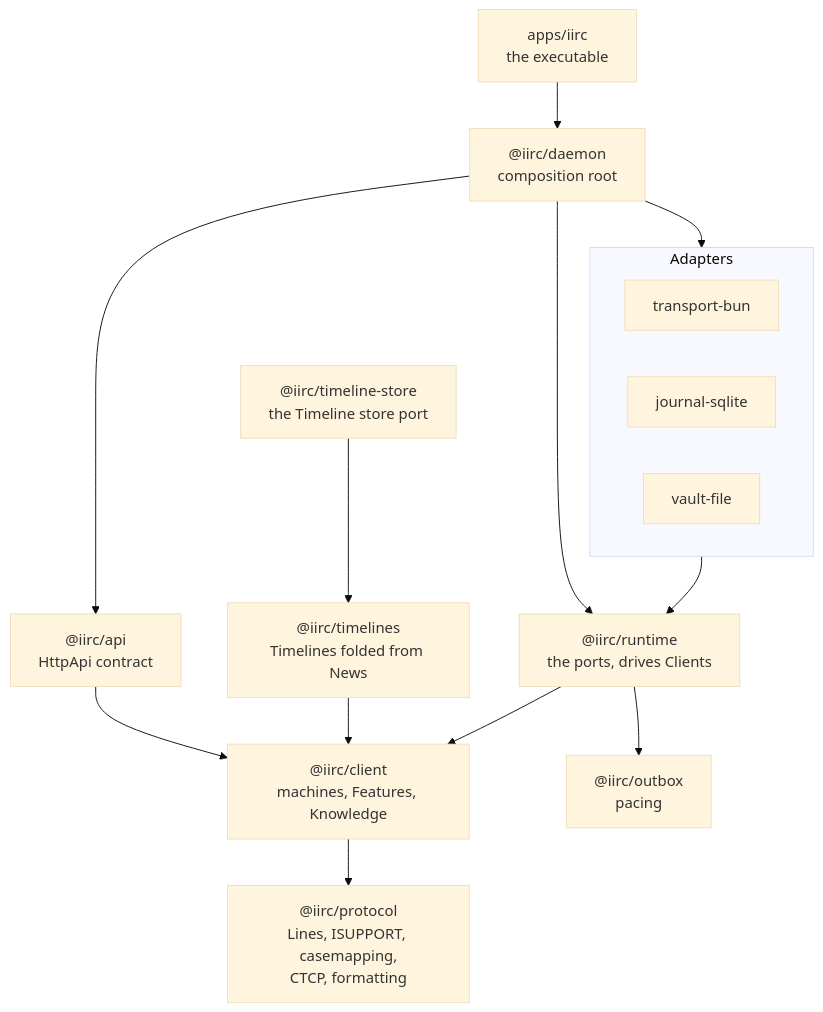
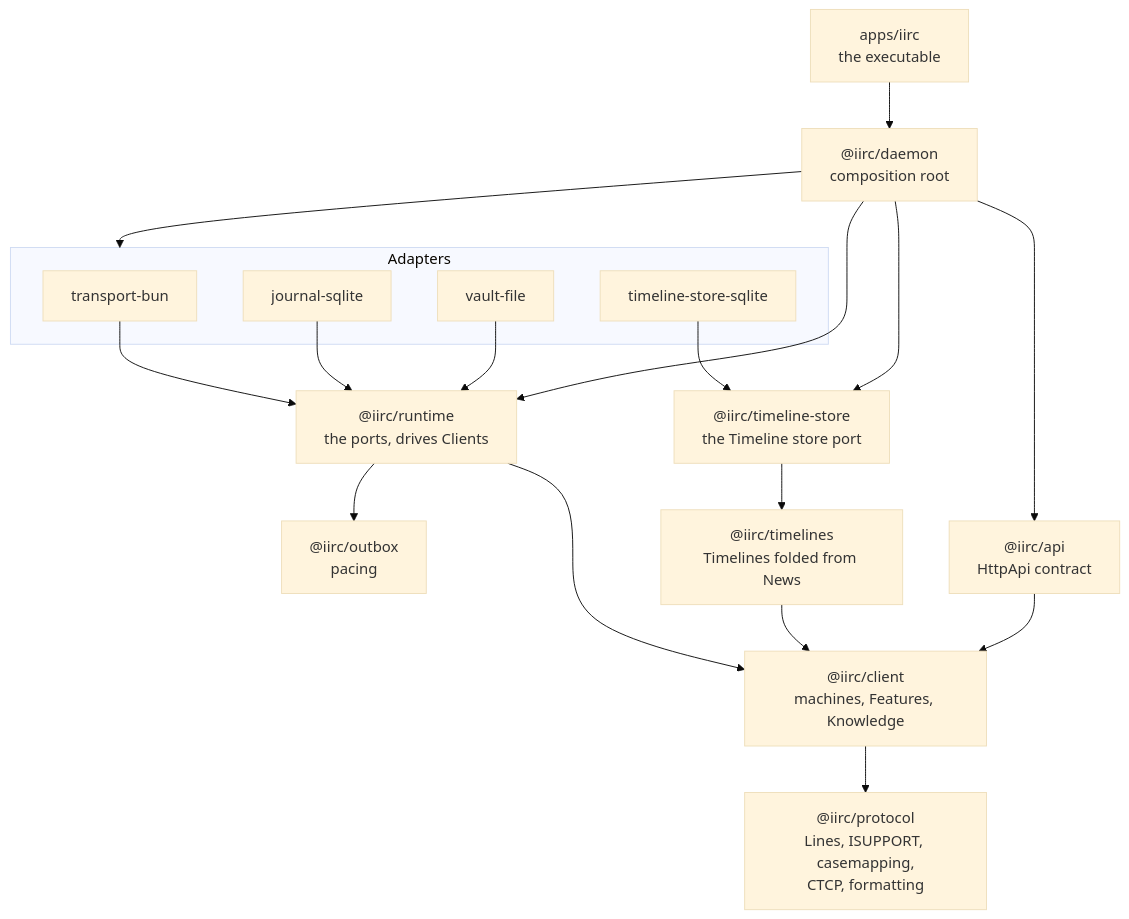
One commit to deankerr/iirc changed the second of 5 diagrams in docs/architecture.md. Above: the diagram before and after it, drawn with Mermaid (base theme). The commit also changed other lines of this file and 20 other files, not shown here.

First line of the commit message:
Keep Timelines in views.sqlite, folded by the Daemon as News happens

````diff
--- a/docs/architecture.md
+++ b/docs/architecture.md
@@ -58,27 +63,29 @@
 ```mermaid
 flowchart TB
   protocol["@iirc/protocol<br/>Lines, ISUPPORT, casemapping,<br/>CTCP, formatting"]
   client["@iirc/client<br/>machines, Features, Knowledge"]
   outbox["@iirc/outbox<br/>pacing"]
   timelines["@iirc/timelines<br/>Timelines folded from News"]
   store["@iirc/timeline-store<br/>the Timeline store port"]
   runtime["@iirc/runtime<br/>the ports, drives Clients"]
   api["@iirc/api<br/>HttpApi contract"]
   daemon["@iirc/daemon<br/>composition root"]
   app["apps/iirc<br/>the executable"]
 
   subgraph adapters["Adapters"]
     tbun["transport-bun"]
     jsql["journal-sqlite"]
     vfile["vault-file"]
+    tsql["timeline-store-sqlite"]
   end
 
   client --> protocol
   runtime --> client & outbox
   timelines --> client
   store --> timelines
-  adapters --> runtime
+  tbun & jsql & vfile --> runtime
+  tsql --> store
   api --> client
-  daemon --> api & runtime & adapters
+  daemon --> api & runtime & store & adapters
   app --> daemon
 ```
````
